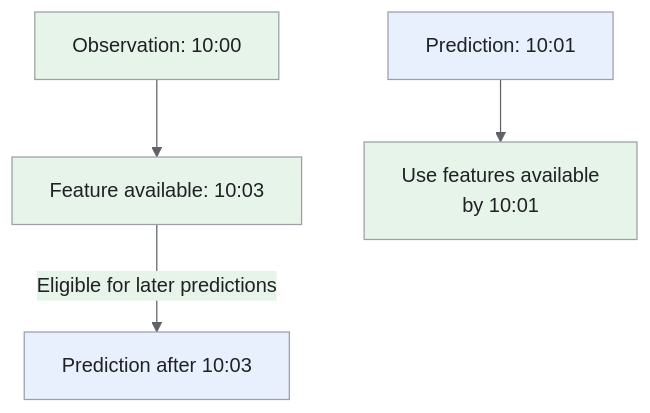
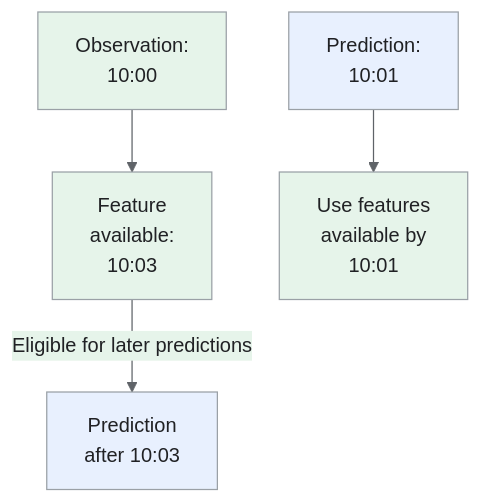
One commit to iliazlobin/iliazlobin.github.io changed the fifth of 5 diagrams in _designs/ml-system-design-eta-arrival-time-prediction.md. Above: the diagram before and after it, drawn with Mermaid. The commit also changed other lines of this file and 116 other files, not shown here.

````diff
--- a/_designs/ml-system-design-eta-arrival-time-prediction.md
+++ b/_designs/ml-system-design-eta-arrival-time-prediction.md
@@ -312,13 +312,13 @@
 ```mermaid
 %%{init: {'theme':'base','themeVariables':{'primaryColor':'#e8f0fe','primaryTextColor':'#202124','primaryBorderColor':'#9aa0a6','lineColor':'#5f6368','secondaryColor':'#e6f4ea','tertiaryColor':'#fef7e0','actorBkg':'#e8f0fe','actorBorder':'#9aa0a6','actorTextColor':'#202124','noteBkgColor':'#fef7e0','noteTextColor':'#202124','noteBorderColor':'#9aa0a6','signalColor':'#5f6368','signalTextColor':'#202124','labelBoxBkgColor':'#fef7e0','labelBoxBorderColor':'#9aa0a6'}}}%%
 flowchart TB
-  O["Observation: 10:00"] --> A["Feature available: 10:03"]
-  P["Prediction: 10:01"] --> SNAP["Use features available<br/>by 10:01"]
-  A -->|"Eligible for later predictions"| L["Prediction after 10:03"]
+  O["Observation:<br>10:00"] --> A["Feature<br>available:<br>10:03"]
+  P["Prediction:<br>10:01"] --> SNAP["Use features<br>available by<br>10:01"]
+  A -->|"Eligible for later predictions"| L["Prediction<br>after 10:03"]
 classDef request fill:#e8f0fe,stroke:#9aa0a6,color:#202124;
 classDef data fill:#e6f4ea,stroke:#9aa0a6,color:#202124;
 classDef control fill:#fef7e0,stroke:#9aa0a6,color:#202124;
 class P,L request;
 class O,A,SNAP data;
 
 ```
````
